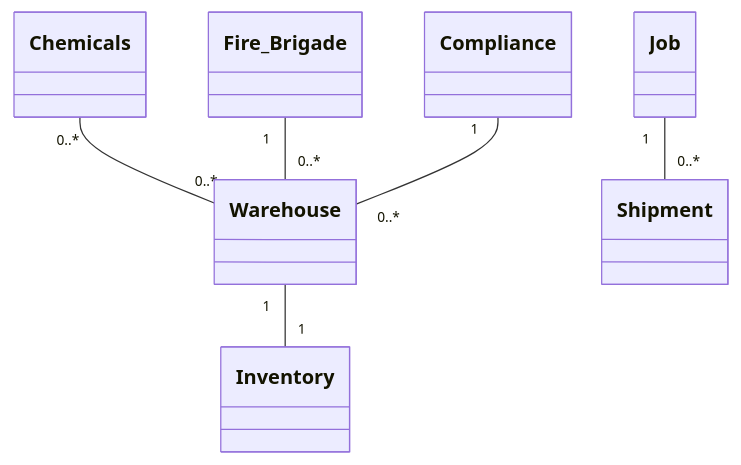
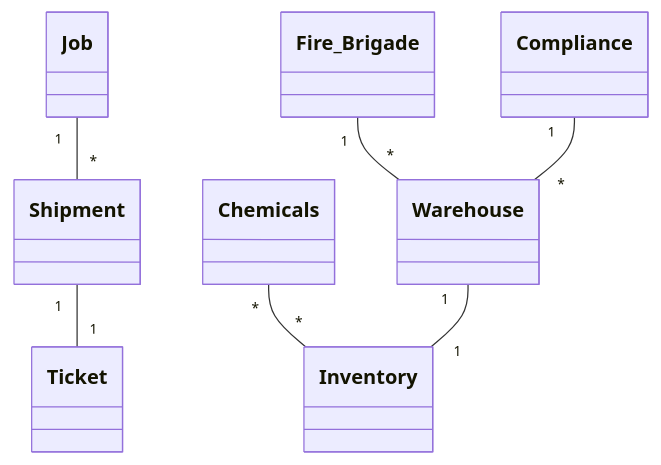
Before and after one commit to HelenaLykstoft/SP1_UdviklingAfStoreSystemer: the diagram in README.md, drawn with Mermaid.

Commit message:
fixes mermaid syntax

````diff
--- a/README.md
+++ b/README.md
@@ -55,8 +55,9 @@
 ```mermaid
 classDiagram
-    Chemicals "0..*" -- "0..*" Warehouse
+    Chemicals "*" -- "*" Inventory
     Warehouse "1" -- "1" Inventory
-    Job "1" -- "0..*" Shipment
-    Fire_Brigade "1" -- "0..*" Warehouse
-    Compliance "1" -- "0..*" Warehouse
+    Job "1" -- "*" Shipment
+    Shipment "1" -- "1" Ticket
+    Fire_Brigade "1" -- "*" Warehouse
+    Compliance "1" -- "*" Warehouse
 ```
````
